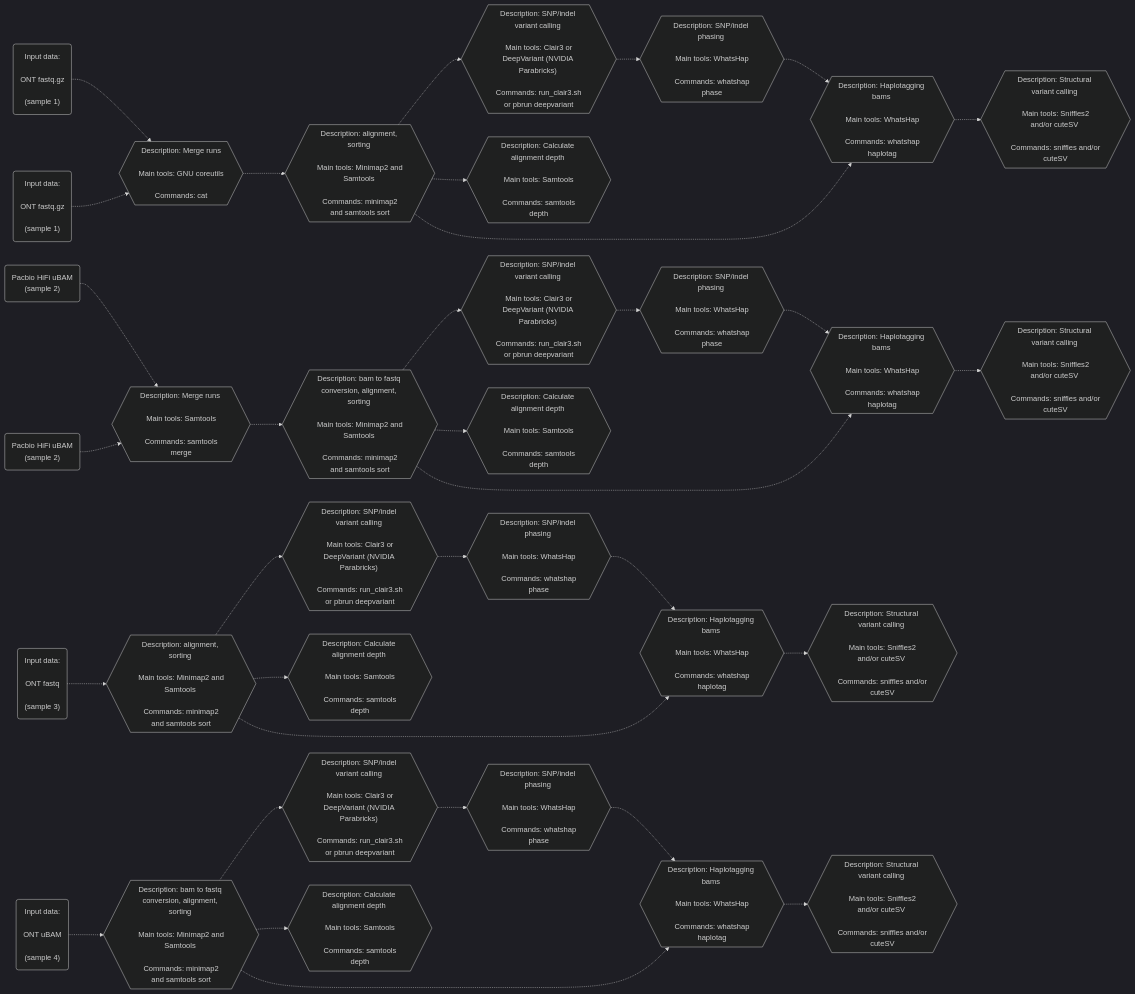
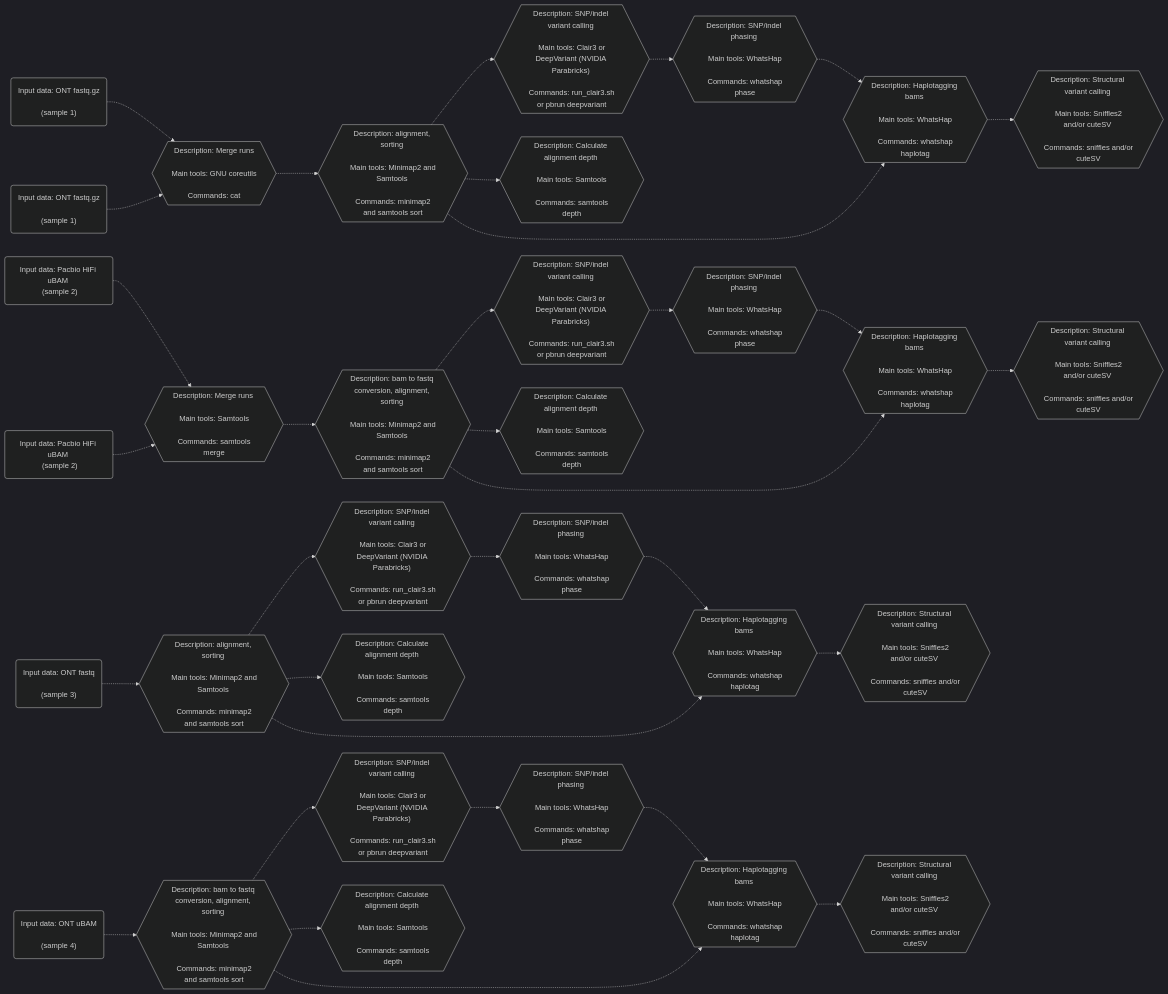
Before and after one commit to leahkemp/pipeface: the second of 2 diagrams in README.md, drawn with Mermaid.

````diff
--- a/README.md
+++ b/README.md
@@ -37,63 +37,63 @@
 ```mermaid
 %%{init: {'theme':'dark'}}%%
 flowchart LR
 
-ont_data_f1("Input data: \n\n ONT fastq.gz \n\n (sample 1)")
-ont_data_f2("Input data: \n\n ONT fastq.gz \n\n (sample 1)")
-pacbio_data_f3("Pacbio HiFi uBAM \n (sample 2)")
-pacbio_data_f4("Pacbio HiFi uBAM \n (sample 2)")
-ont_data_f5("Input data: \n\n ONT fastq \n\n (sample 3)")
-ont_data_f6("Input data: \n\n ONT uBAM \n\n (sample 4)")
+ont_data_f1("Input data: ONT fastq.gz \n\n (sample 1)")
+ont_data_f2("Input data: ONT fastq.gz \n\n (sample 1)")
+pacbio_data_f3("Input data: Pacbio HiFi uBAM \n (sample 2)")
+pacbio_data_f4("Input data: Pacbio HiFi uBAM \n (sample 2)")
+ont_data_f5("Input data: ONT fastq \n\n (sample 3)")
+ont_data_f6("Input data: ONT uBAM \n\n (sample 4)")
 
 merging_m1{{"Description: Merge runs \n\n Main tools: GNU coreutils \n\n Commands: cat"}}
 merging_m2{{"Description: Merge runs \n\n Main tools: Samtools \n\n Commands: samtools merge"}}
 
 alignment_s1{{"Description: alignment, sorting \n\n Main tools: Minimap2 and Samtools \n\n Commands: minimap2 and samtools sort"}}
 alignment_s2{{"Description: alignment, sorting \n\n Main tools: Minimap2 and Samtools \n\n Commands: minimap2 and samtools sort"}}
 alignment_s3{{"Description: bam to fastq conversion, alignment, sorting \n\n Main tools: Minimap2 and Samtools \n\n Commands: minimap2 and samtools sort"}}
 alignment_s4{{"Description: bam to fastq conversion, alignment, sorting \n\n Main tools: Minimap2 and Samtools \n\n Commands: minimap2 and samtools sort"}}
 
 depth_s1{{"Description: Calculate alignment depth \n\n Main tools: Samtools \n\n Commands: samtools depth"}}
 depth_s2{{"Description: Calculate alignment depth \n\n Main tools: Samtools \n\n Commands: samtools depth"}}
 depth_s3{{"Description: Calculate alignment depth \n\n Main tools: Samtools \n\n Commands: samtools depth"}}
 depth_s4{{"Description: Calculate alignment depth \n\n Main tools: Samtools \n\n Commands: samtools depth"}}
 
 snp_indel_calling_s1{{"Description: SNP/indel variant calling \n\n Main tools: Clair3 or DeepVariant (NVIDIA Parabricks) \n\n Commands: run_clair3.sh or pbrun deepvariant"}}
 snp_indel_calling_s2{{"Description: SNP/indel variant calling \n\n Main tools: Clair3 or DeepVariant (NVIDIA Parabricks) \n\n Commands: run_clair3.sh or pbrun deepvariant"}}
 snp_indel_calling_s3{{"Description: SNP/indel variant calling \n\n Main tools: Clair3 or DeepVariant (NVIDIA Parabricks) \n\n Commands: run_clair3.sh or pbrun deepvariant"}}
 snp_indel_calling_s4{{"Description: SNP/indel variant calling \n\n Main tools: Clair3 or DeepVariant (NVIDIA Parabricks) \n\n Commands: run_clair3.sh or pbrun deepvariant"}}
 
 snp_indel_phasing_s1{{"Description: SNP/indel phasing \n\n Main tools: WhatsHap \n\n Commands: whatshap phase"}}
 snp_indel_phasing_s2{{"Description: SNP/indel phasing \n\n Main tools: WhatsHap \n\n Commands: whatshap phase"}}
 snp_indel_phasing_s3{{"Description: SNP/indel phasing \n\n Main tools: WhatsHap \n\n Commands: whatshap phase"}}
 snp_indel_phasing_s4{{"Description: SNP/indel phasing \n\n Main tools: WhatsHap \n\n Commands: whatshap phase"}}
 
 haplotagging_s1{{"Description: Haplotagging bams \n\n Main tools: WhatsHap \n\n Commands: whatshap haplotag"}}
 haplotagging_s2{{"Description: Haplotagging bams \n\n Main tools: WhatsHap \n\n Commands: whatshap haplotag"}}
 haplotagging_s3{{"Description: Haplotagging bams \n\n Main tools: WhatsHap \n\n Commands: whatshap haplotag"}}
 haplotagging_s4{{"Description: Haplotagging bams \n\n Main tools: WhatsHap \n\n Commands: whatshap haplotag"}}
 
 sv_calling_s1{{"Description: Structural variant calling \n\n Main tools: Sniffles2 and/or cuteSV \n\n Commands: sniffles and/or cuteSV"}}
 sv_calling_s2{{"Description: Structural variant calling \n\n Main tools: Sniffles2 and/or cuteSV \n\n Commands: sniffles and/or cuteSV"}}
 sv_calling_s3{{"Description: Structural variant calling \n\n Main tools: Sniffles2 and/or cuteSV \n\n Commands: sniffles and/or cuteSV"}}
 sv_calling_s4{{"Description: Structural variant calling \n\n Main tools: Sniffles2 and/or cuteSV \n\n Commands: sniffles and/or cuteSV"}}
 
 ont_data_f1-.->merging_m1-.->alignment_s1-.->snp_indel_calling_s1-.->snp_indel_phasing_s1-.->haplotagging_s1-.->sv_calling_s1
 ont_data_f2-.->merging_m1
 ont_data_f5-.->alignment_s2-.->snp_indel_calling_s2-.->snp_indel_phasing_s2-.->haplotagging_s2-.->sv_calling_s2
 ont_data_f6-.->alignment_s3-.->snp_indel_calling_s3-.->snp_indel_phasing_s3-.->haplotagging_s3-.->sv_calling_s3
 
 pacbio_data_f3-.->merging_m2-.->alignment_s4-.->snp_indel_calling_s4-.->snp_indel_phasing_s4-.->haplotagging_s4-.->sv_calling_s4
 pacbio_data_f4-.->merging_m2
 
 alignment_s1-.->depth_s1
 alignment_s2-.->depth_s2
 alignment_s3-.->depth_s3
 alignment_s4-.->depth_s4
 
 alignment_s1-.->haplotagging_s1
 alignment_s2-.->haplotagging_s2
 alignment_s3-.->haplotagging_s3
 alignment_s4-.->haplotagging_s4
 
 ```
````
